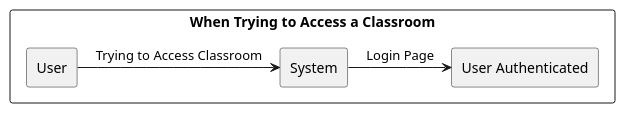
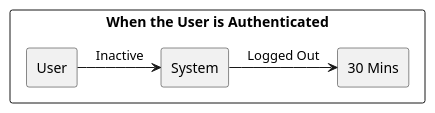
The fifth of 11 diagrams in src/sa/model/index.md (USI-MSDE-SA-2023/sa--edoriggio), drawn with PlantUML before and after one commit. The commit also changed other lines of this file, not shown here.

````diff
--- a/src/sa/model/index.md
+++ b/src/sa/model/index.md
@@ -222,20 +223,20 @@
 ```puml
 @startuml
 
 skinparam componentStyle rectangle
 skinparam monochrome true
 skinparam shadowing false
 
-rectangle "When Trying to Access a Classroom" {
+rectangle "When the User is Authenticated" {
 
 rectangle "User" as Source
-rectangle "User Authenticated" as Measure
+rectangle "30 Mins" as Measure
 
-Source -> [System] : "Trying to Access Classroom"
+Source -> [System] : "Inactive"
 
-[System] -> [Measure] : "Login Page"
+[System] -> [Measure] : "Logged Out"
 
 }
 
 @enduml
 ```
````
